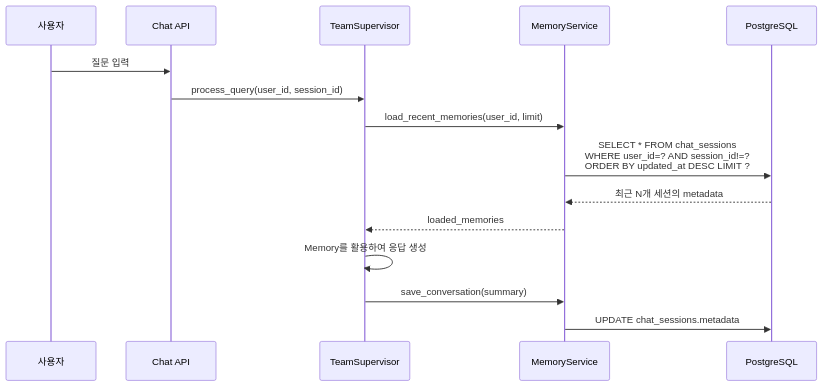
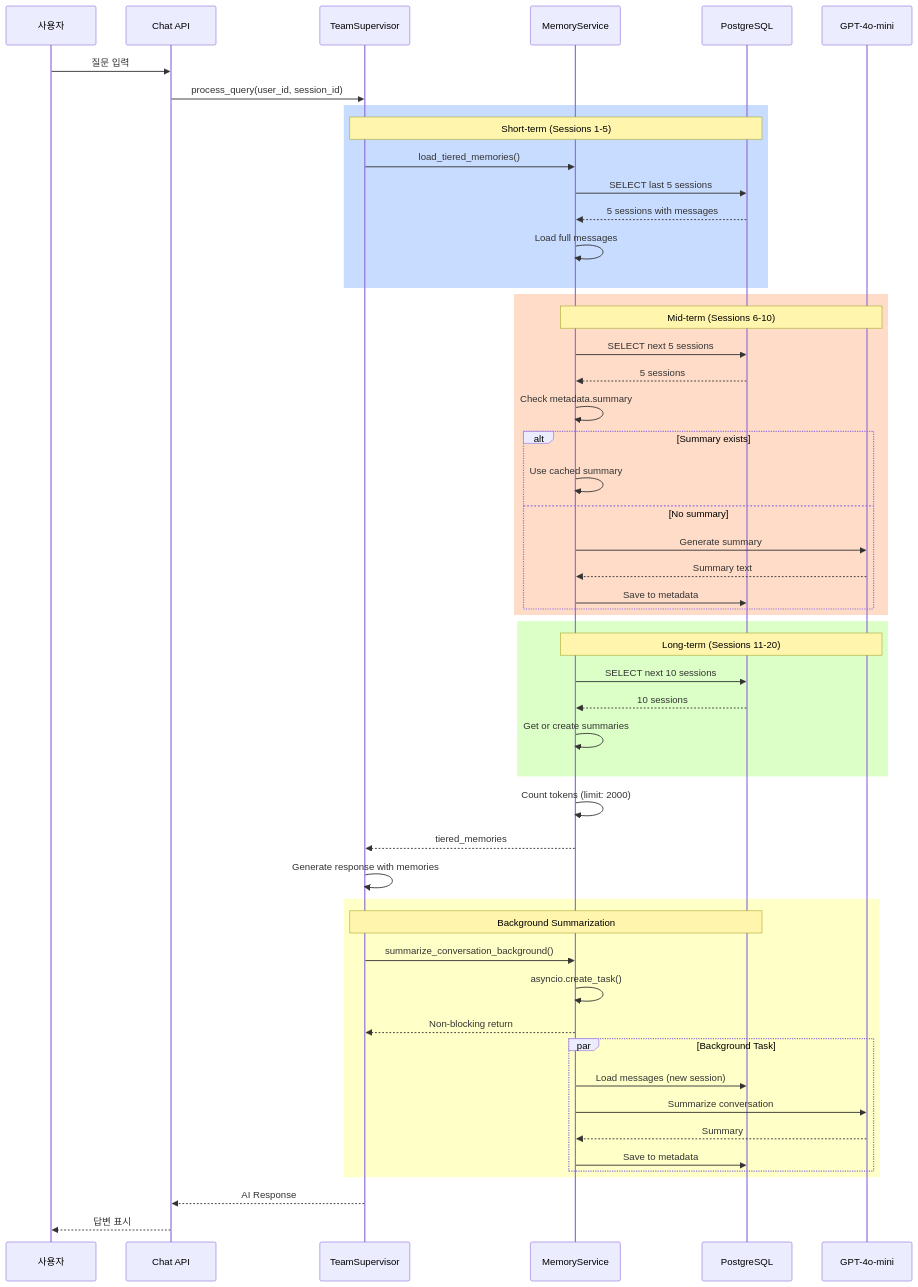
Before and after one commit to seunghak-kim/hny-project: the second of 2 diagrams in Manual/MEMORY_CONFIGURATION_GUIDE.md, drawn with Mermaid. The commit also changed other lines of this file and 13 other files, not shown here.

````diff
--- a/Manual/MEMORY_CONFIGURATION_GUIDE.md
+++ b/Manual/MEMORY_CONFIGURATION_GUIDE.md
@@ -81,18 +101,62 @@
 ```mermaid
 sequenceDiagram
     participant U as 사용자
     participant API as Chat API
     participant S as TeamSupervisor
     participant M as MemoryService
     participant DB as PostgreSQL
+    participant LLM as GPT-4o-mini
 
     U->>API: 질문 입력
     API->>S: process_query(user_id, session_id)
-    S->>M: load_recent_memories(user_id, limit)
-    M->>DB: SELECT * FROM chat_sessions<br/>WHERE user_id=? AND session_id!=?<br/>ORDER BY updated_at DESC LIMIT ?
-    DB-->>M: 최근 N개 세션의 metadata
-    M-->>S: loaded_memories
-    S->>S: Memory를 활용하여 응답 생성
-    S->>M: save_conversation(summary)
-    M->>DB: UPDATE chat_sessions.metadata
+
+    rect rgb(200, 220, 255)
+    Note over S,DB: Short-term (Sessions 1-5)
+    S->>M: load_tiered_memories()
+    M->>DB: SELECT last 5 sessions
+    DB-->>M: 5 sessions with messages
+    M->>M: Load full messages
+    end
+
+    rect rgb(255, 220, 200)
+    Note over M,LLM: Mid-term (Sessions 6-10)
+    M->>DB: SELECT next 5 sessions
+    DB-->>M: 5 sessions
+    M->>M: Check metadata.summary
+    alt Summary exists
+        M->>M: Use cached summary
+    else No summary
+        M->>LLM: Generate summary
+        LLM-->>M: Summary text
+        M->>DB: Save to metadata
+    end
+    end
+
+    rect rgb(220, 255, 200)
+    Note over M,LLM: Long-term (Sessions 11-20)
+    M->>DB: SELECT next 10 sessions
+    DB-->>M: 10 sessions
+    M->>M: Get or create summaries
+    end
+
+    M->>M: Count tokens (limit: 2000)
+    M-->>S: tiered_memories
+    S->>S: Generate response with memories
+
+    rect rgb(255, 255, 200)
+    Note over S,DB: Background Summarization
+    S->>M: summarize_conversation_background()
+    M->>M: asyncio.create_task()
+    M-->>S: Non-blocking return
+
+    par Background Task
+        M->>DB: Load messages (new session)
+        M->>LLM: Summarize conversation
+        LLM-->>M: Summary
+        M->>DB: Save to metadata
+    end
+    end
+
+    S-->>API: AI Response
+    API-->>U: 답변 표시
 ```
````
